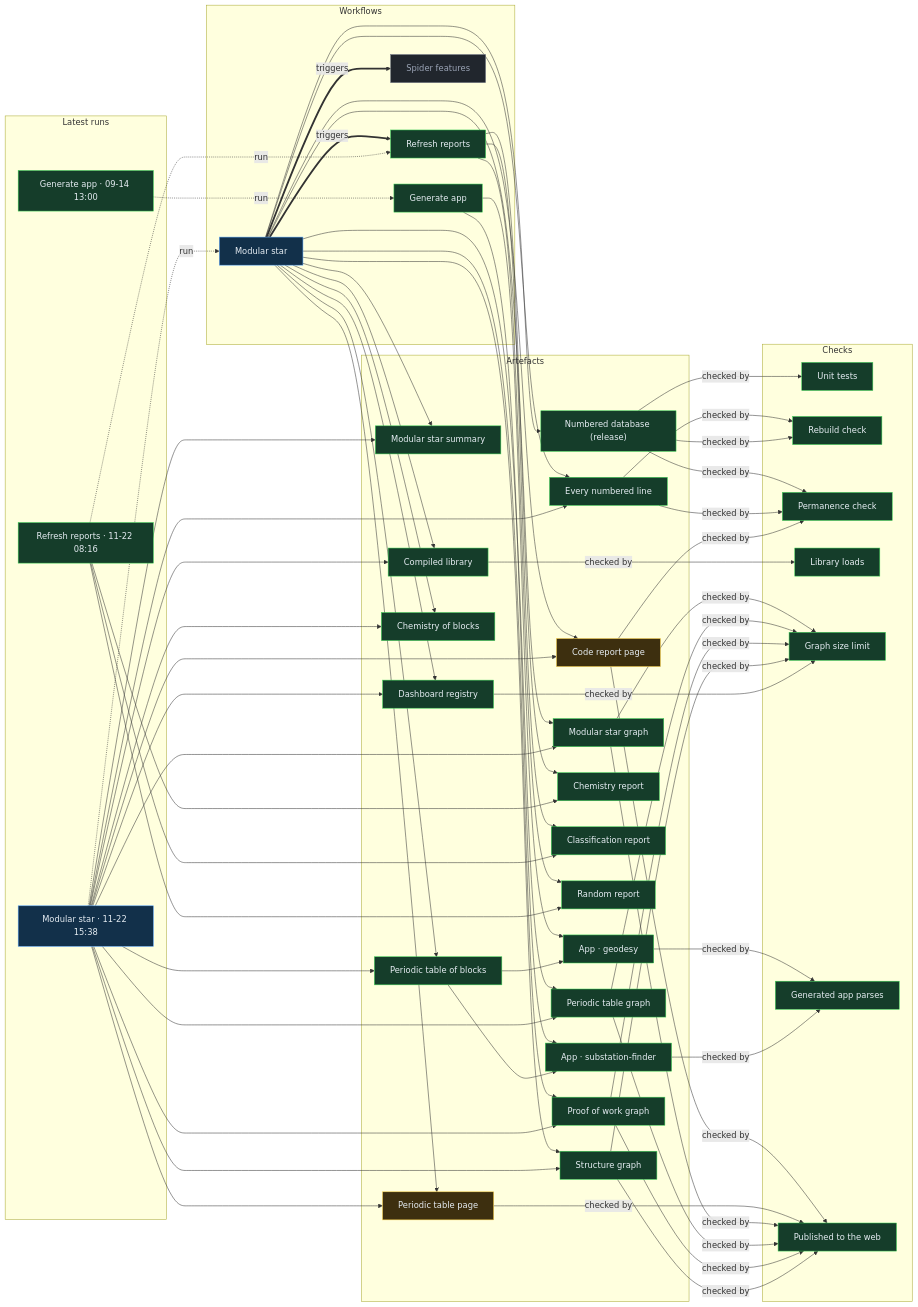
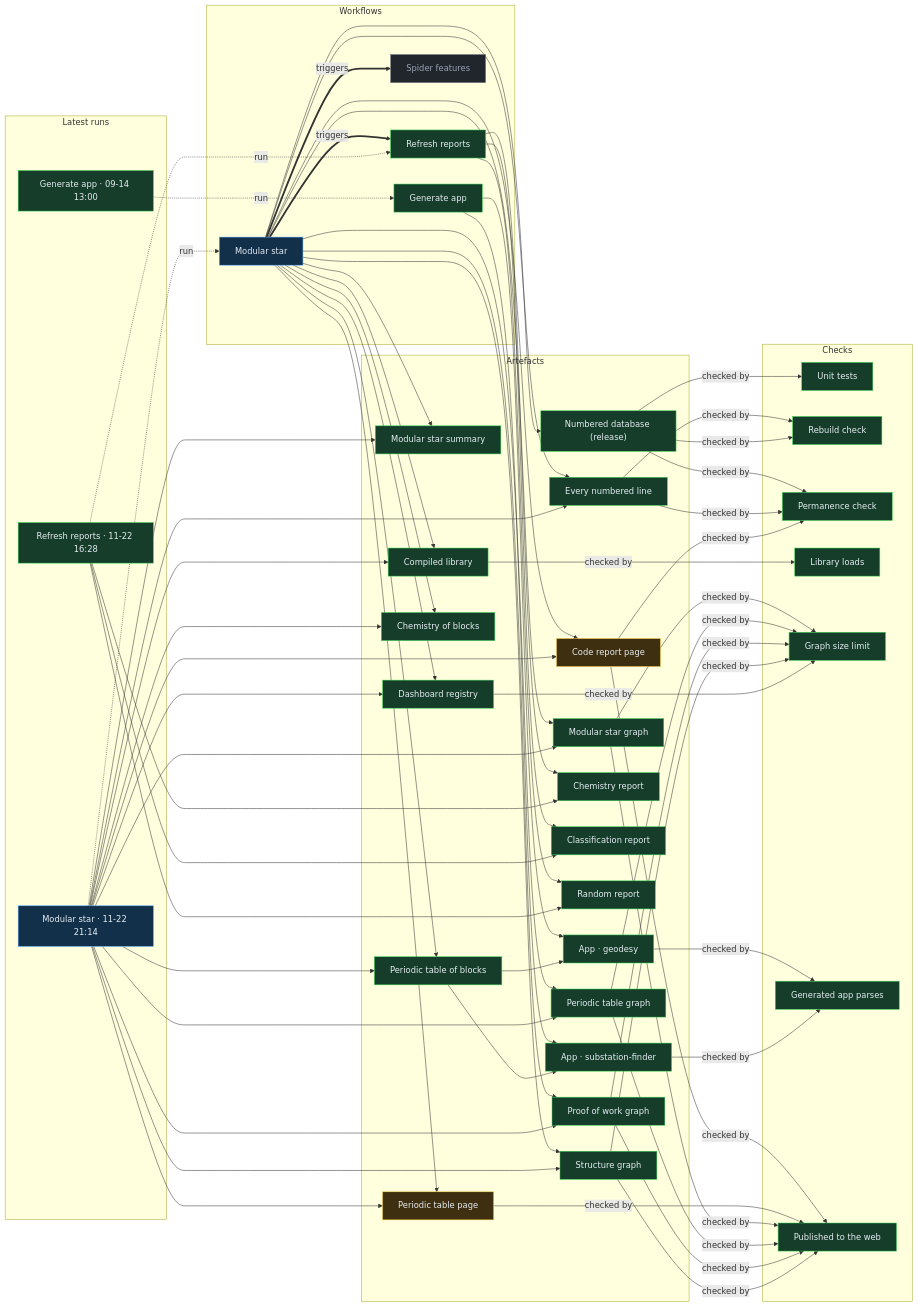
The diagram in proof/PROOF.md (Ventusltd/stars), drawn with Mermaid before and after one commit. The commit also changed other lines of this file and 268 other files, not shown here.

Commit message:
Modular star 2026-11-22T21:17Z

```diff
--- a/proof/PROOF.md
+++ b/proof/PROOF.md
@@ -24,8 +24,8 @@
   n_wf_spider_features["Spider features"]:::off
   end
   subgraph g_runs["Latest runs"]
-  n_run_45039434503["Modular star · 11-22 15:38"]:::live
-  n_run_45001998543["Refresh reports · 11-22 08:16"]:::ok
+  n_run_45071024539["Modular star · 11-22 21:14"]:::live
+  n_run_45044054753["Refresh reports · 11-22 16:28"]:::ok
   n_run_34846587798["Generate app · 09-14 13:00"]:::ok
   end
   subgraph g_artefacts["Artefacts"]
@@ -59,39 +59,39 @@
   end
   n_wf_modular_star == triggers ==> n_wf_refresh
   n_wf_modular_star == triggers ==> n_wf_spider_features
-  n_run_45039434503 -. run .-> n_wf_modular_star
-  n_run_45001998543 -. run .-> n_wf_refresh
+  n_run_45071024539 -. run .-> n_wf_modular_star
+  n_run_45044054753 -. run .-> n_wf_refresh
   n_run_34846587798 -. run .-> n_wf_generate
   n_wf_modular_star --> n_art_summary
-  n_run_45039434503 --> n_art_summary
+  n_run_45071024539 --> n_art_summary
   n_wf_modular_star --> n_art_lines
-  n_run_45039434503 --> n_art_lines
+  n_run_45071024539 --> n_art_lines
   n_wf_modular_star --> n_art_code
-  n_run_45039434503 --> n_art_code
+  n_run_45071024539 --> n_art_code
   n_wf_modular_star --> n_art_modular_graph
-  n_run_45039434503 --> n_art_modular_graph
+  n_run_45071024539 --> n_art_modular_graph
   n_wf_modular_star --> n_art_blocks
-  n_run_45039434503 --> n_art_blocks
+  n_run_45071024539 --> n_art_blocks
   n_wf_modular_star --> n_art_table
-  n_run_45039434503 --> n_art_table
+  n_run_45071024539 --> n_art_table
   n_wf_modular_star --> n_art_blocks_graph
-  n_run_45039434503 --> n_art_blocks_graph
+  n_run_45071024539 --> n_art_blocks_graph
   n_wf_modular_star --> n_art_reactions
-  n_run_45039434503 --> n_art_reactions
+  n_run_45071024539 --> n_art_reactions
   n_wf_modular_star --> n_art_library
-  n_run_45039434503 --> n_art_library
+  n_run_45071024539 --> n_art_library
   n_wf_modular_star --> n_art_features
-  n_run_45039434503 --> n_art_features
+  n_run_45071024539 --> n_art_features
   n_wf_modular_star --> n_art_proof
-  n_run_45039434503 --> n_art_proof
+  n_run_45071024539 --> n_art_proof
   n_wf_modular_star --> n_art_structure
-  n_run_45039434503 --> n_art_structure
+  n_run_45071024539 --> n_art_structure
   n_wf_refresh --> n_art_chemistry
-  n_run_45001998543 --> n_art_chemistry
+  n_run_45044054753 --> n_art_chemistry
   n_wf_refresh --> n_art_vedic
-  n_run_45001998543 --> n_art_vedic
+  n_run_45044054753 --> n_art_vedic
   n_wf_refresh --> n_art_random
-  n_run_45001998543 --> n_art_random
+  n_run_45044054753 --> n_art_random
   n_wf_modular_star --> n_art_release
   n_wf_generate --> n_app_geodesy
   n_art_blocks --> n_app_geodesy
```
